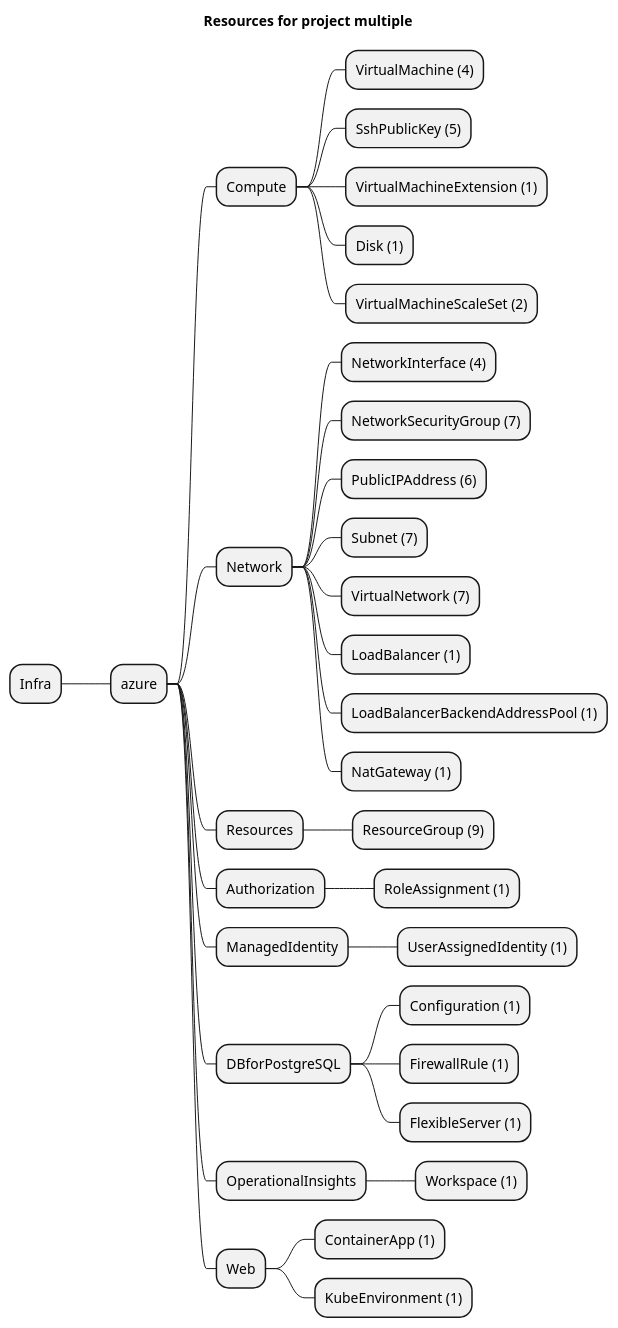
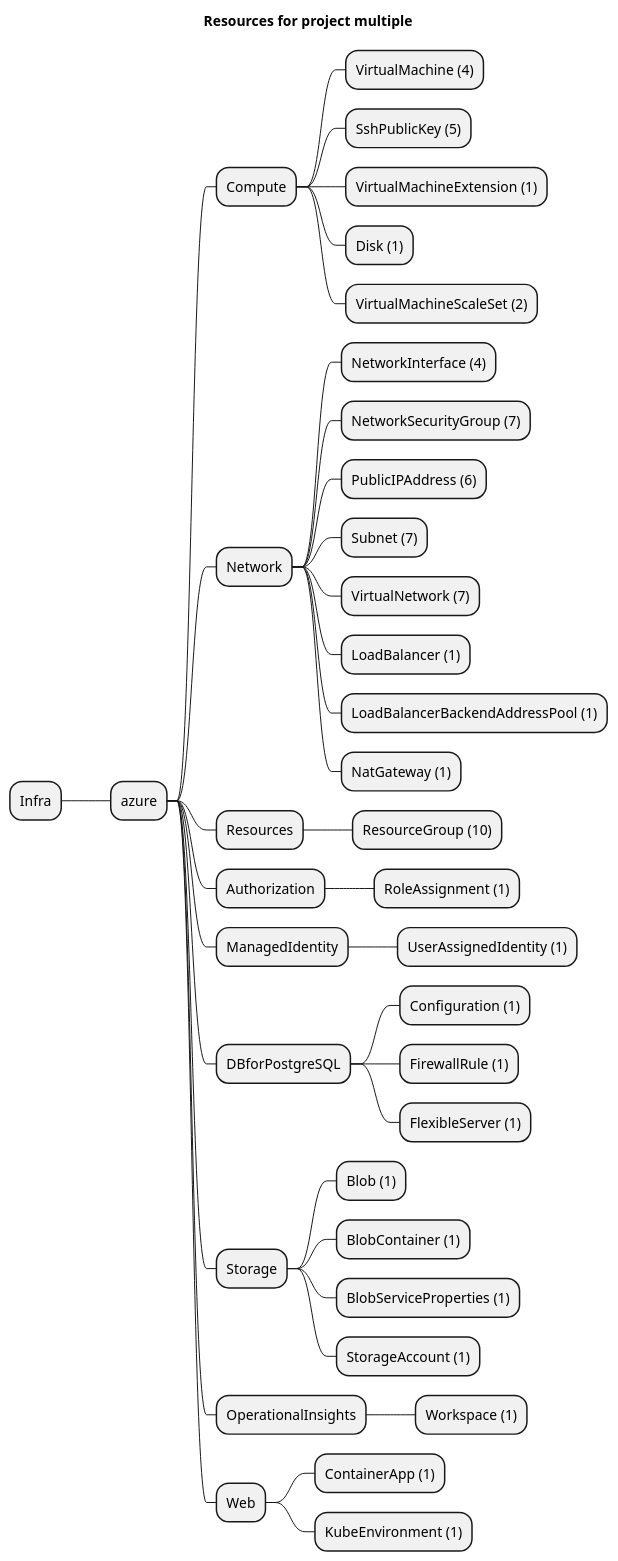
Before and after one commit to grucloud/grucloud: the diagram in examples/azure/multiple/artifacts/resources-mindmap.puml, drawn with PlantUML. The commit also changed 21 other files, not shown here.

```diff
--- a/examples/azure/multiple/artifacts/resources-mindmap.puml
+++ b/examples/azure/multiple/artifacts/resources-mindmap.puml
@@ -1,36 +1,41 @@
 @startmindmap
 title Resources for project multiple
 skinparam monochrome true
 + Infra
 ++ azure
 +++ Compute
 ++++ VirtualMachine (4)
 ++++ SshPublicKey (5)
 ++++ VirtualMachineExtension (1)
 ++++ Disk (1)
 ++++ VirtualMachineScaleSet (2)
 +++ Network
 ++++ NetworkInterface (4)
 ++++ NetworkSecurityGroup (7)
 ++++ PublicIPAddress (6)
 ++++ Subnet (7)
 ++++ VirtualNetwork (7)
 ++++ LoadBalancer (1)
 ++++ LoadBalancerBackendAddressPool (1)
 ++++ NatGateway (1)
 +++ Resources
-++++ ResourceGroup (9)
+++++ ResourceGroup (10)
 +++ Authorization
 ++++ RoleAssignment (1)
 +++ ManagedIdentity
 ++++ UserAssignedIdentity (1)
 +++ DBforPostgreSQL
 ++++ Configuration (1)
 ++++ FirewallRule (1)
 ++++ FlexibleServer (1)
++++ Storage
+++++ Blob (1)
+++++ BlobContainer (1)
+++++ BlobServiceProperties (1)
+++++ StorageAccount (1)
 +++ OperationalInsights
 ++++ Workspace (1)
 +++ Web
 ++++ ContainerApp (1)
 ++++ KubeEnvironment (1)
 @endmindmap
```
